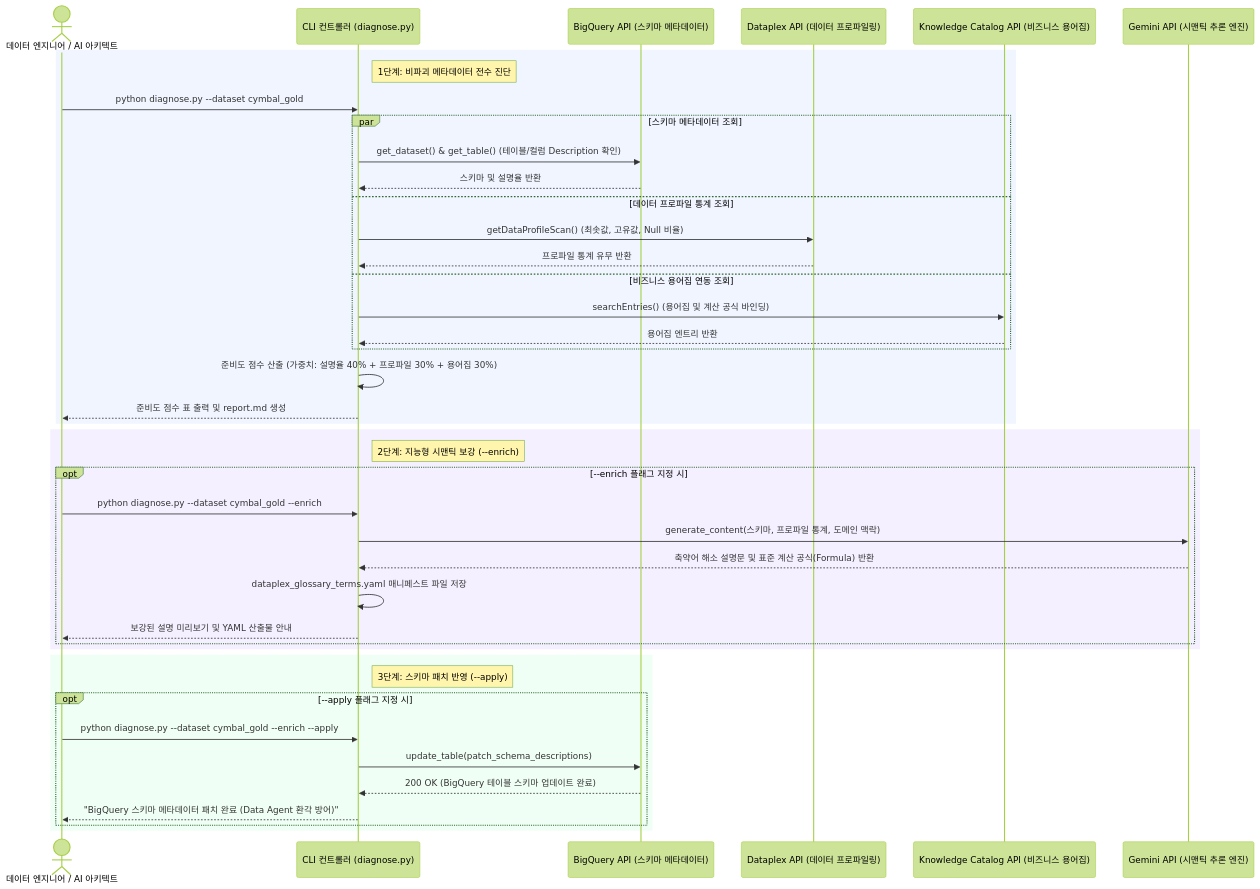
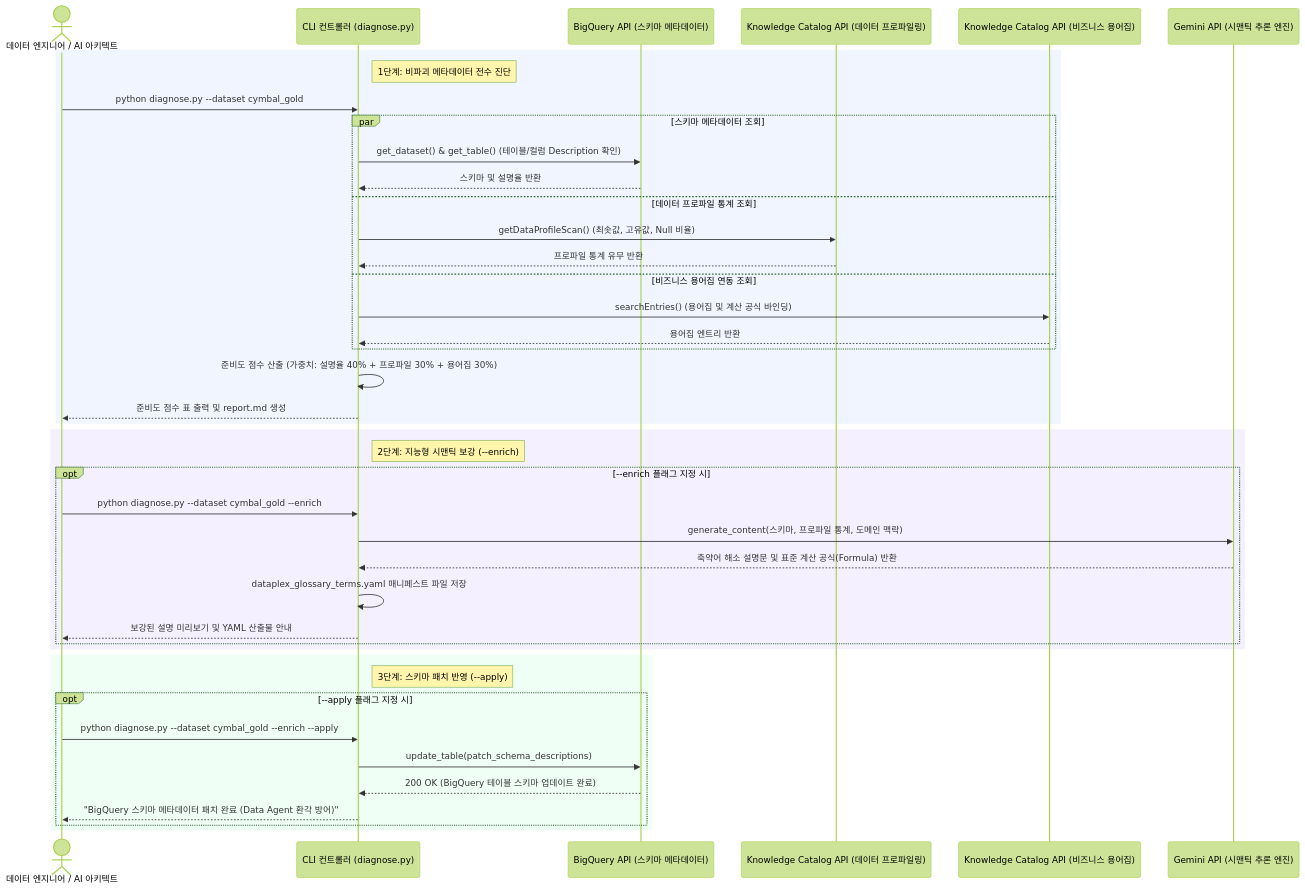
The diagram in samples/bigquery-data-agent-semantic-enricher/docs/TDD.md (jiangjun-forge/google-cloud-0-to-1), drawn with Mermaid (forest theme) before and after one commit. The commit also changed other lines of this file and 229 other files, not shown here.

````diff
--- a/samples/bigquery-data-agent-semantic-enricher/docs/TDD.md
+++ b/samples/bigquery-data-agent-semantic-enricher/docs/TDD.md
@@ -35,47 +35,47 @@
 ```mermaid
 sequenceDiagram
     actor User as 데이터 엔지니어 / AI 아키텍트
     participant CLI as CLI 컨트롤러 (diagnose.py)
     participant BQ as BigQuery API (스키마 메타데이터)
-    participant Dataplex as Dataplex API (데이터 프로파일링)
+    participant Profile as Knowledge Catalog API (데이터 프로파일링)
     participant Catalog as Knowledge Catalog API (비즈니스 용어집)
     participant Gemini as Gemini API (시맨틱 추론 엔진)
 
     rect rgb(240, 245, 255)
     note right of CLI: 1단계: 비파괴 메타데이터 전수 진단
     User->>CLI: python diagnose.py --dataset cymbal_gold
     par 스키마 메타데이터 조회
         CLI->>BQ: get_dataset() & get_table() (테이블/컬럼 Description 확인)
         BQ-->>CLI: 스키마 및 설명율 반환
     and 데이터 프로파일 통계 조회
-        CLI->>Dataplex: getDataProfileScan() (최솟값, 고유값, Null 비율)
-        Dataplex-->>CLI: 프로파일 통계 유무 반환
+        CLI->>Profile: getDataProfileScan() (최솟값, 고유값, Null 비율)
+        Profile-->>CLI: 프로파일 통계 유무 반환
     and 비즈니스 용어집 연동 조회
         CLI->>Catalog: searchEntries() (용어집 및 계산 공식 바인딩)
         Catalog-->>CLI: 용어집 엔트리 반환
     end
     CLI->>CLI: 준비도 점수 산출 (가중치: 설명율 40% + 프로파일 30% + 용어집 30%)
     CLI-->>User: 준비도 점수 표 출력 및 report.md 생성
     end
 
     rect rgb(245, 240, 255)
     note right of CLI: 2단계: 지능형 시맨틱 보강 (--enrich)
     opt --enrich 플래그 지정 시
         User->>CLI: python diagnose.py --dataset cymbal_gold --enrich
         CLI->>Gemini: generate_content(스키마, 프로파일 통계, 도메인 맥락)
         Gemini-->>CLI: 축약어 해소 설명문 및 표준 계산 공식(Formula) 반환
         CLI->>CLI: dataplex_glossary_terms.yaml 매니페스트 파일 저장
         CLI-->>User: 보강된 설명 미리보기 및 YAML 산출물 안내
     end
     end
 
     rect rgb(240, 255, 245)
     note right of CLI: 3단계: 스키마 패치 반영 (--apply)
     opt --apply 플래그 지정 시
         User->>CLI: python diagnose.py --dataset cymbal_gold --enrich --apply
         CLI->>BQ: update_table(patch_schema_descriptions)
         BQ-->>CLI: 200 OK (BigQuery 테이블 스키마 업데이트 완료)
         CLI-->>User: "BigQuery 스키마 메타데이터 패치 완료 (Data Agent 환각 방어)"
     end
     end
 ```
````
